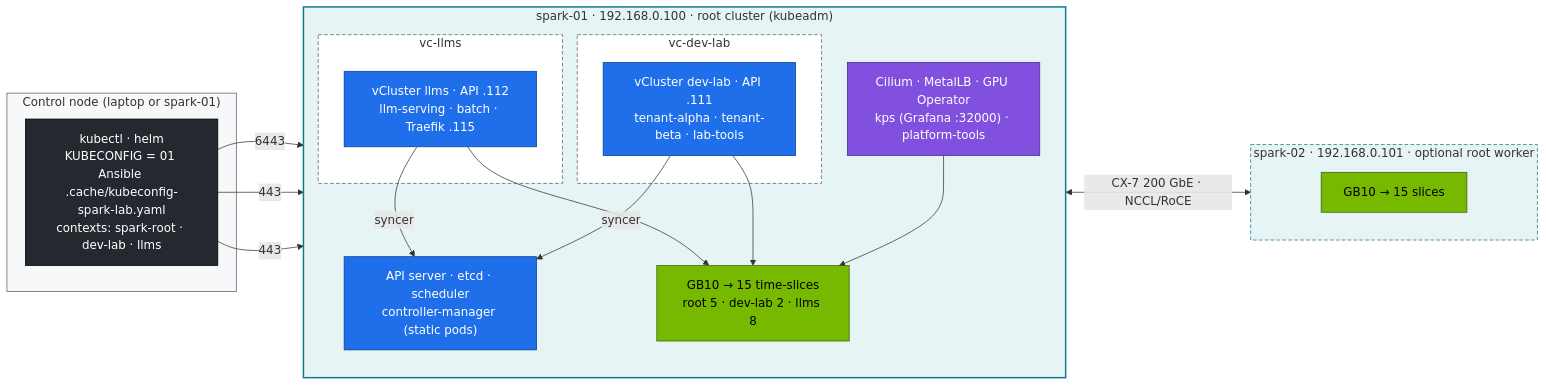
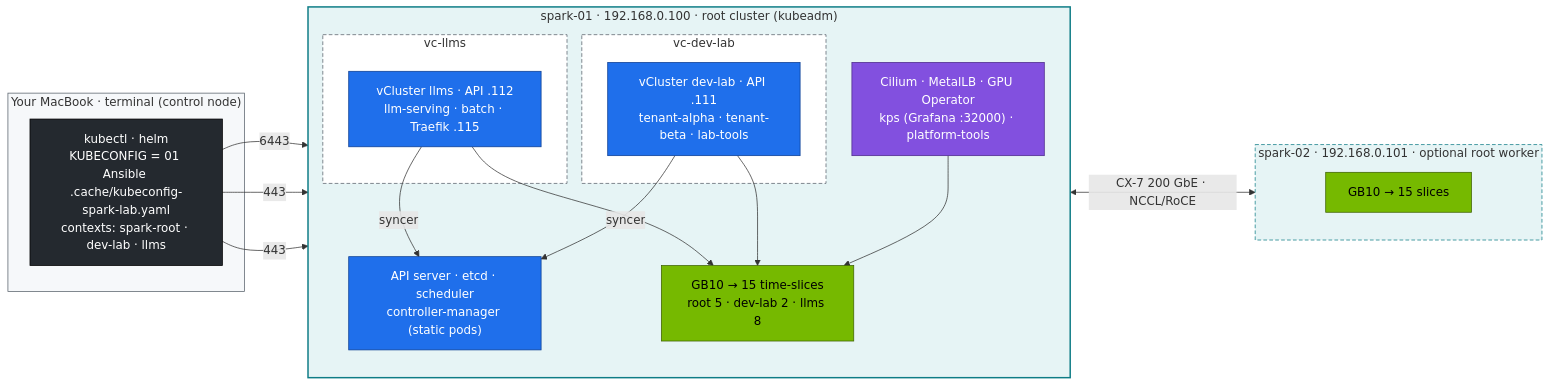
Before and after one commit to cloudone365/technical-depth: the diagram in 02 Kubernetes/lab/README.md, drawn with Mermaid. The commit also changed 5 other files, not shown here.

First line of the commit message:
02 Kubernetes: nested-lab architecture diagram up front, MacBook as the terminal

````diff
--- a/02 Kubernetes/lab/README.md
+++ b/02 Kubernetes/lab/README.md
@@ -63,42 +63,42 @@
 ```mermaid
 flowchart LR
-  subgraph CTL["Control node (laptop or spark-01)"]
+  subgraph CTL["Your MacBook · terminal (control node)"]
     K["kubectl · helm<br/>KUBECONFIG = 01 Ansible .cache/kubeconfig-spark-lab.yaml<br/>contexts: spark-root · dev-lab · llms"]
   end
   subgraph S1["spark-01 · 192.168.0.100 · root cluster (kubeadm)"]
     direction TB
     CP["API server · etcd · scheduler<br/>controller-manager (static pods)"]
     PL["Cilium · MetalLB · GPU Operator<br/>kps (Grafana :32000) · platform-tools"]
     subgraph VD["vc-dev-lab"]
       DV["vCluster dev-lab · API .111<br/>tenant-alpha · tenant-beta · lab-tools"]
     end
     subgraph VL["vc-llms"]
       LV["vCluster llms · API .112<br/>llm-serving · batch · Traefik .115"]
     end
     GPU["GB10 → 15 time-slices<br/>root 5 · dev-lab 2 · llms 8"]
   end
   subgraph S2["spark-02 · 192.168.0.101 · optional root worker"]
     G2["GB10 → 15 slices"]
   end
   K -->|6443| CP
   K -->|443| DV
   K -->|443| LV
   DV & LV -->|syncer| CP
   PL --> GPU
   DV & LV --> GPU
   S1 <-->|"CX-7 200 GbE · NCCL/RoCE"| S2
   classDef ctrl fill:#1f6feb,stroke:#0b3d91,color:#fff
   classDef gpu fill:#76b900,stroke:#3d6000,color:#000
   classDef net fill:#8250df,stroke:#4c2889,color:#fff
   classDef tenant fill:#eaeef2,stroke:#57606a,color:#000
   classDef ext fill:#24292f,stroke:#000,color:#fff
   class CP,DV,LV ctrl
   class GPU,G2 gpu
   class PL net
   class K ext
   style S1 fill:#e6f4f5,stroke:#0e7c86,stroke-width:2px
   style S2 fill:#e6f4f5,stroke:#0e7c86,stroke-dasharray:5 3
   style CTL fill:#f6f8fa,stroke:#57606a
   style VD fill:#ffffff,stroke:#57606a,stroke-dasharray:5 3
   style VL fill:#ffffff,stroke:#57606a,stroke-dasharray:5 3
 ```
````
